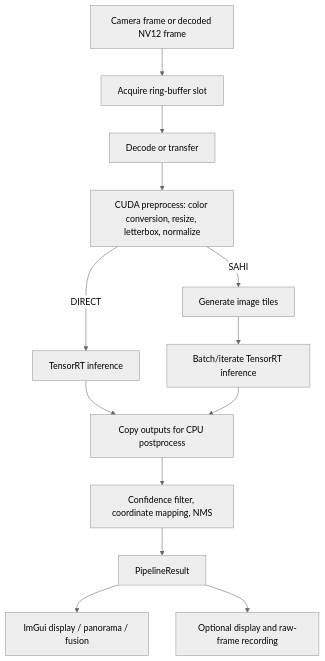
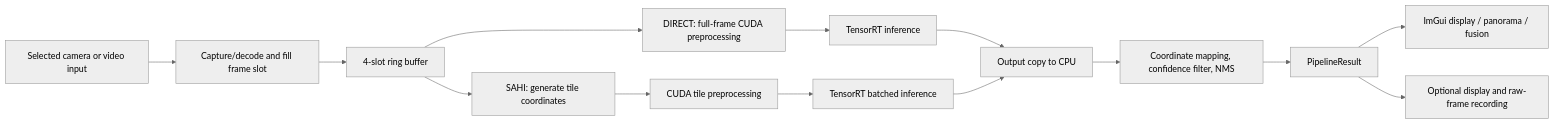
Before and after one commit to zshi20000922-a11y/GPU-Multimedia-Processing-Platform: the second of 2 diagrams in docs/architecture.md, drawn with Mermaid (neutral theme). The commit also changed other lines of this file and 2 other files, not shown here.

Commit message:
Add architecture diagrams to README

````diff
--- a/docs/architecture.md
+++ b/docs/architecture.md
@@ -32,15 +32,16 @@
 ```mermaid
-flowchart TB
-    INPUT[Camera frame or decoded NV12 frame] --> SLOT[Acquire ring-buffer slot]
-    SLOT --> DECODE[Decode or transfer]
-    DECODE --> PRE[CUDA preprocess: color conversion, resize, letterbox, normalize]
-    PRE -->|DIRECT| INFER[TensorRT inference]
-    PRE -->|SAHI| TILES[Generate image tiles]
-    TILES --> BATCH[Batch/iterate TensorRT inference]
-    INFER --> COPY[Copy outputs for CPU postprocess]
+flowchart LR
+    INPUT[Selected camera or video input] --> INGEST[Capture/decode and fill frame slot]
+    INGEST --> SLOT[4-slot ring buffer]
+    SLOT --> PRE[DIRECT: full-frame CUDA preprocessing]
+    PRE --> INFER[TensorRT inference]
+    SLOT --> TILES[SAHI: generate tile coordinates]
+    TILES --> TILE_PRE[CUDA tile preprocessing]
+    TILE_PRE --> BATCH[TensorRT batched inference]
+    INFER --> COPY[Output copy to CPU]
     BATCH --> COPY
-    COPY --> POST[Confidence filter, coordinate mapping, NMS]
+    COPY --> POST[Coordinate mapping, confidence filter, NMS]
     POST --> RESULT[PipelineResult]
     RESULT --> DISPLAY[ImGui display / panorama / fusion]
     RESULT --> RECORD[Optional display and raw-frame recording]
 ```
````
